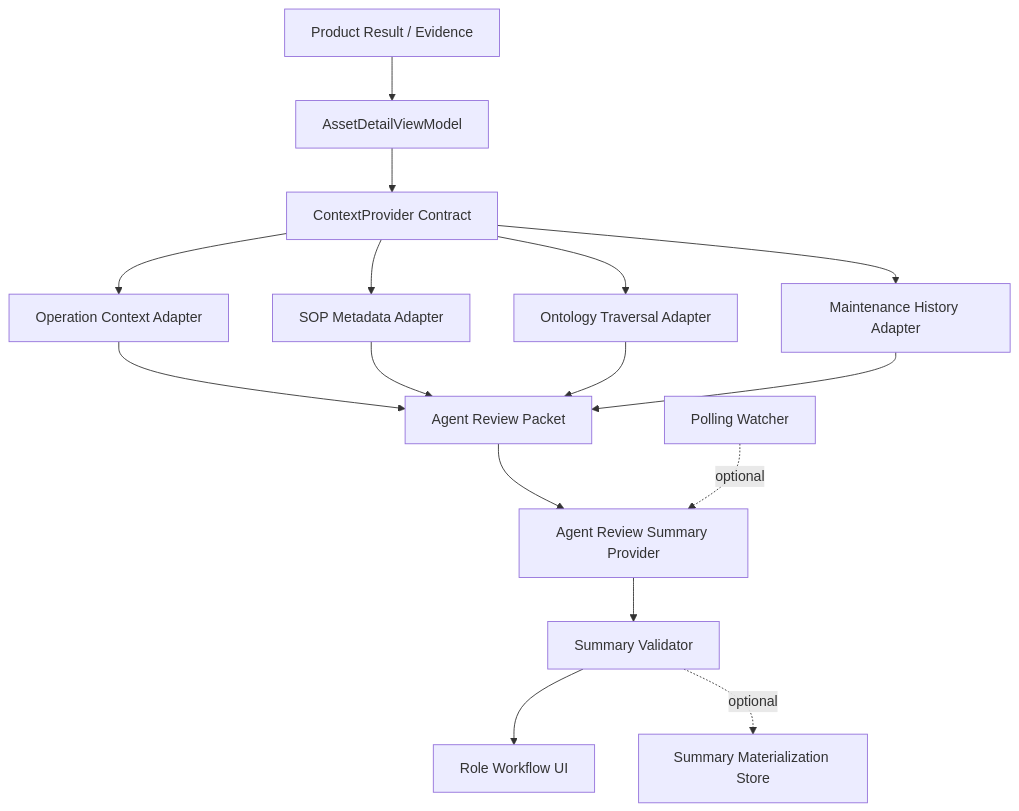
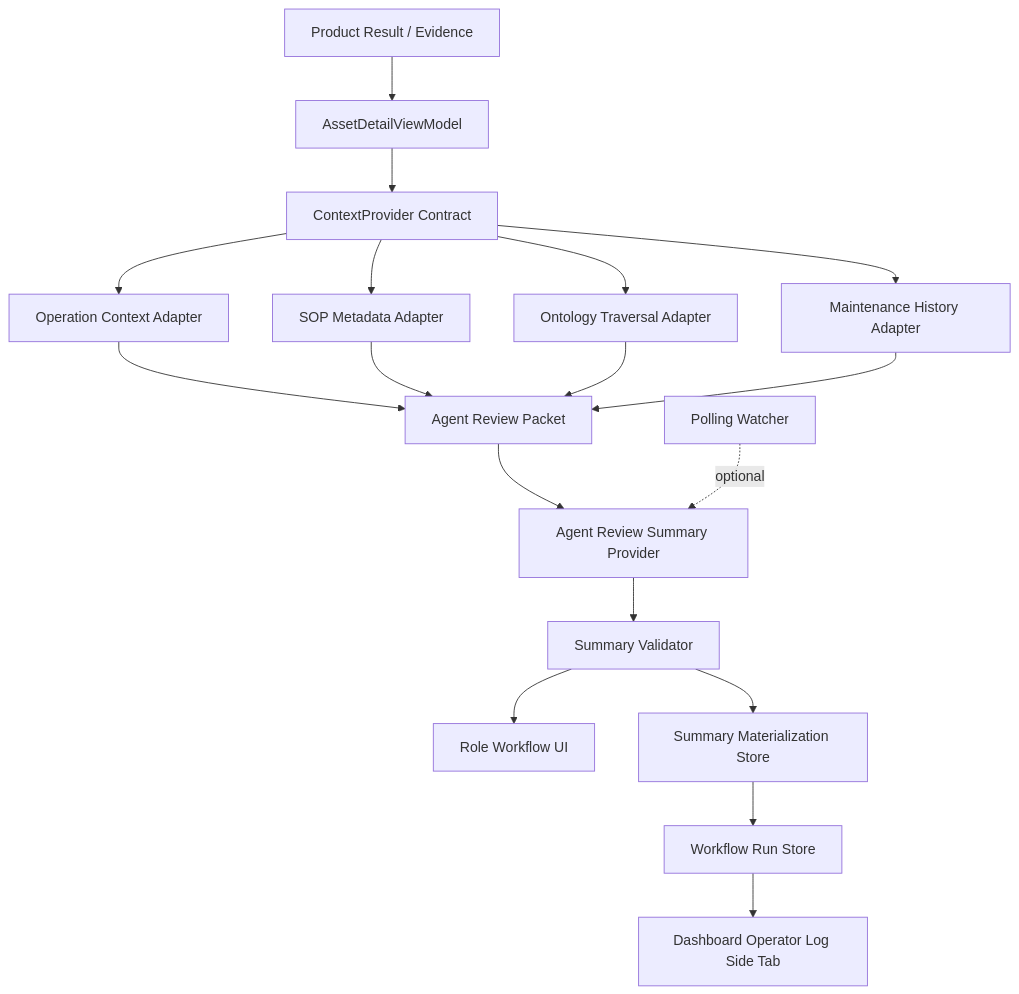
Before and after one commit to Biz-CollabCraft/ontology_dashboard: the diagram in docs/plans/ai-workflow/2026-08-29-001-ai-context-orchestration-adapter-plan.md, drawn with Mermaid. The commit also changed other lines of this file, not shown here.

Commit message:
docs: plan operator agent runtime log panel

````diff
--- a/docs/plans/ai-workflow/2026-08-29-001-ai-context-orchestration-adapter-plan.md
+++ b/docs/plans/ai-workflow/2026-08-29-001-ai-context-orchestration-adapter-plan.md
@@ -68,18 +70,20 @@
 ```mermaid
 flowchart TB
   PR["Product Result / Evidence"] --> VM["AssetDetailViewModel"]
   VM --> CP["ContextProvider Contract"]
   CP --> OA["Operation Context Adapter"]
   CP --> SA["SOP Metadata Adapter"]
   CP --> OH["Ontology Traversal Adapter"]
   CP --> MH["Maintenance History Adapter"]
   OA --> PKT["Agent Review Packet"]
   SA --> PKT
   OH --> PKT
   MH --> PKT
   PKT --> SUM["Agent Review Summary Provider"]
   SUM --> VAL["Summary Validator"]
   VAL --> UI["Role Workflow UI"]
-  VAL -.optional.-> MAT["Summary Materialization Store"]
+  VAL --> MAT["Summary Materialization Store"]
+  MAT --> RUN["Workflow Run Store"]
+  RUN --> LOG["Dashboard Operator Log Side Tab"]
   W["Polling Watcher"] -.optional.-> SUM
 ```
````
